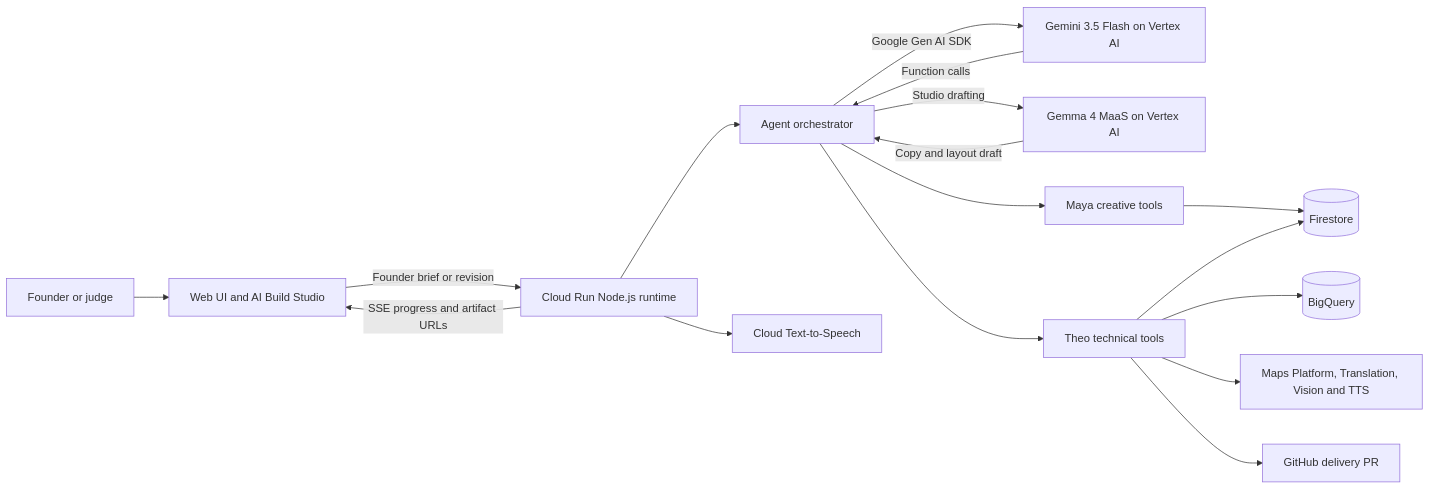
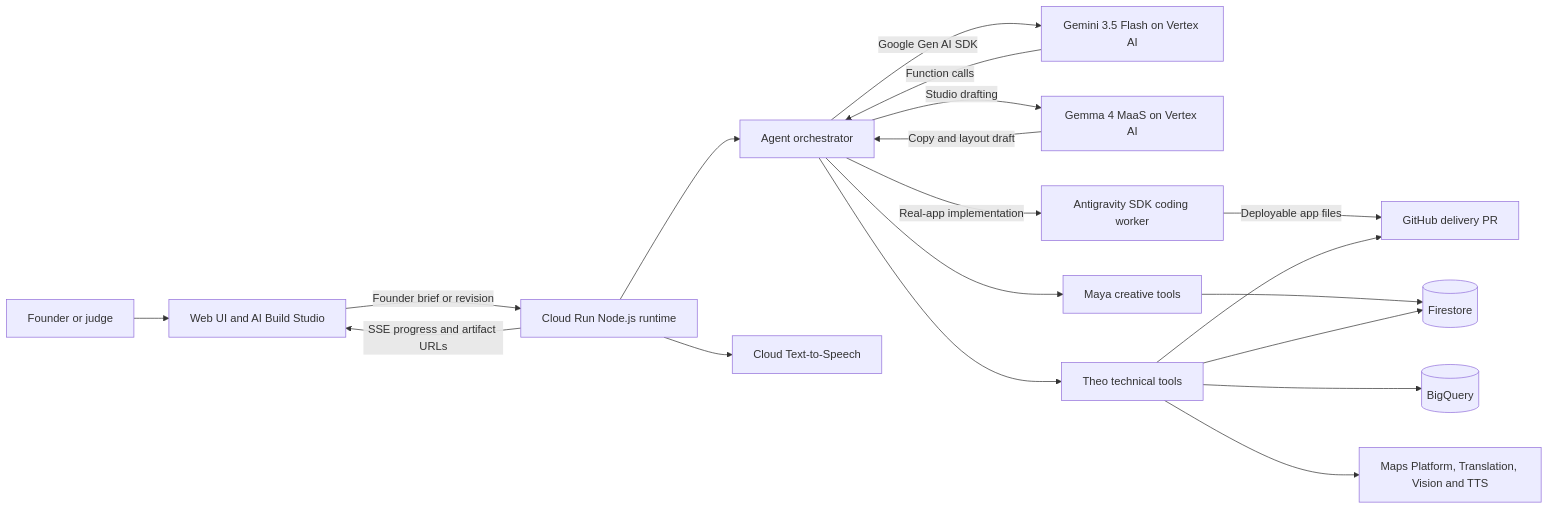
One commit to stalkiq/cofounderlive changed the diagram in README.md. Above: the diagram before and after it, drawn with Mermaid. The commit also changed other lines of this file and 10 other files, not shown here.

First line of the commit message:
Add Antigravity real-app builds with durable previews

````diff
--- a/README.md
+++ b/README.md
@@ -140,19 +168,21 @@
 ```mermaid
 flowchart LR
     Founder[Founder or judge] --> UI[Web UI and AI Build Studio]
     UI -->|Founder brief or revision| Run[Cloud Run Node.js runtime]
     Run --> Agent[Agent orchestrator]
     Agent -->|Google Gen AI SDK| Vertex[Gemini 3.5 Flash on Vertex AI]
     Agent -->|Studio drafting| Gemma[Gemma 4 MaaS on Vertex AI]
+    Agent -->|Real-app implementation| Antigravity[Antigravity SDK coding worker]
     Gemma -->|Copy and layout draft| Agent
+    Antigravity -->|Deployable app files| GitHub
     Vertex -->|Function calls| Agent
     Agent --> Maya[Maya creative tools]
     Agent --> Theo[Theo technical tools]
     Maya --> Firestore[(Firestore)]
     Theo --> Firestore
     Theo --> BigQuery[(BigQuery)]
     Theo --> GoogleActions[Maps Platform, Translation, Vision and TTS]
     Theo --> GitHub[GitHub delivery PR]
     Run --> TTS[Cloud Text-to-Speech]
     Run -->|SSE progress and artifact URLs| UI
 ```
````
